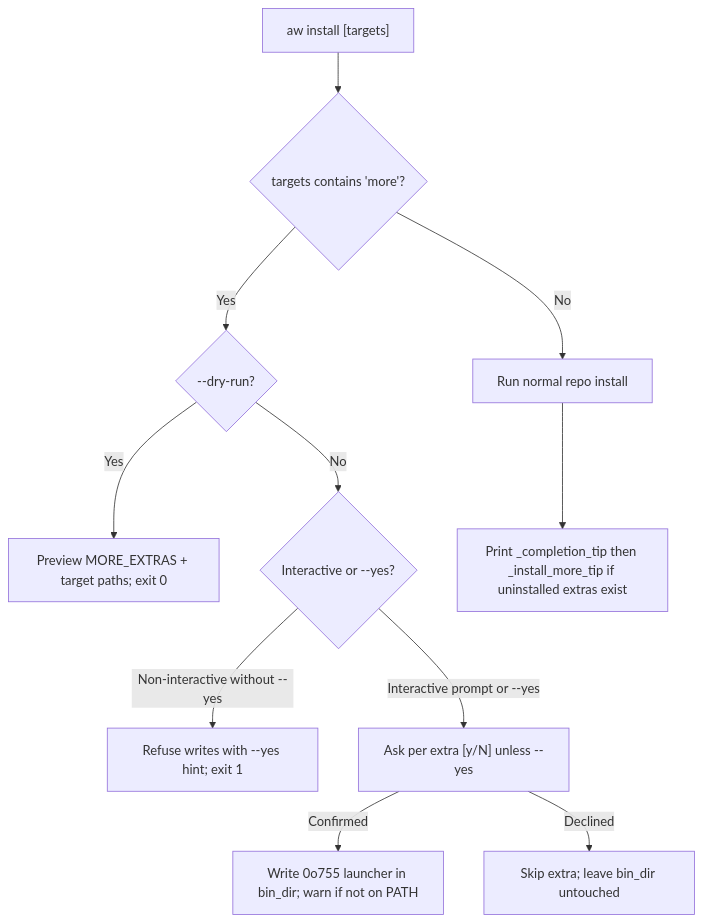
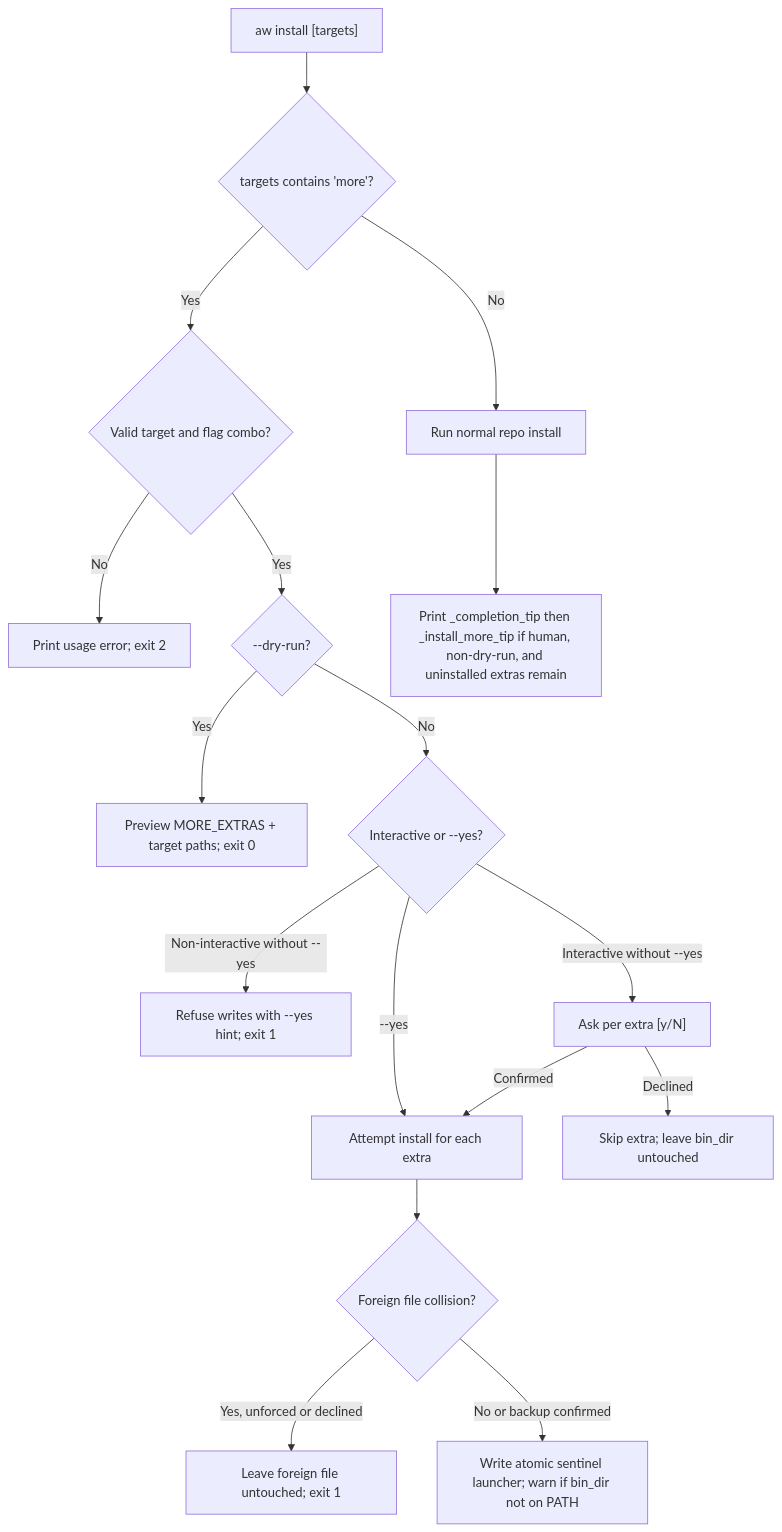
Before and after one commit to fariello/agent-workflows: the diagram in .aw/records/plans/pending/20261117-installmore-02-58isyp-add-aw-install-more-opt-in-companion-installer-and-discovery.ipd.md, drawn with Mermaid. The commit also changed other lines of this file and 1 other file, not shown here.

````diff
--- a/.aw/records/plans/pending/20261117-installmore-02-58isyp-add-aw-install-more-opt-in-companion-installer-and-discovery.ipd.md
+++ b/.aw/records/plans/pending/20261117-installmore-02-58isyp-add-aw-install-more-opt-in-companion-installer-and-discovery.ipd.md
@@ -78,13 +94,19 @@
 ```mermaid
 flowchart TD
     A["aw install [targets]"] --> B{"targets contains 'more'?"}
-    B -->|Yes| C{"--dry-run?"}
+    B -->|Yes| B2{"Valid target and flag combo?"}
+    B2 -->|No| B3["Print usage error; exit 2"]
+    B2 -->|Yes| C{"--dry-run?"}
     C -->|Yes| D["Preview MORE_EXTRAS + target paths; exit 0"]
     C -->|No| E{"Interactive or --yes?"}
     E -->|Non-interactive without --yes| F["Refuse writes with --yes hint; exit 1"]
-    E -->|Interactive prompt or --yes| G["Ask per extra [y/N] unless --yes"]
-    G -->|Confirmed| H["Write 0o755 launcher in bin_dir; warn if not on PATH"]
+    E -->|Interactive without --yes| G["Ask per extra [y/N]"]
+    E -->|--yes| H["Attempt install for each extra"]
+    G -->|Confirmed| H
     G -->|Declined| I["Skip extra; leave bin_dir untouched"]
+    H --> H2{"Foreign file collision?"}
+    H2 -->|Yes, unforced or declined| H3["Leave foreign file untouched; exit 1"]
+    H2 -->|No or backup confirmed| H4["Write atomic sentinel launcher; warn if bin_dir not on PATH"]
     B -->|No| J["Run normal repo install"]
-    J --> K["Print _completion_tip then _install_more_tip if uninstalled extras exist"]
+    J --> K["Print _completion_tip then _install_more_tip if human, non-dry-run, and uninstalled extras remain"]
 ```
````
